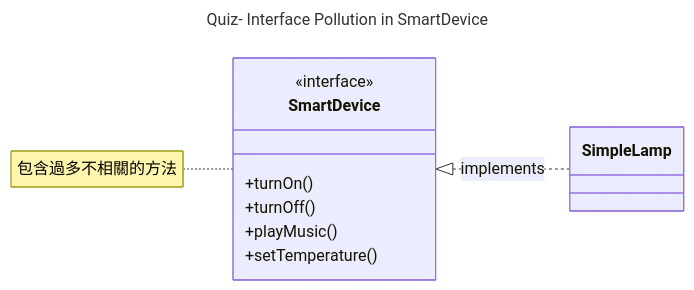
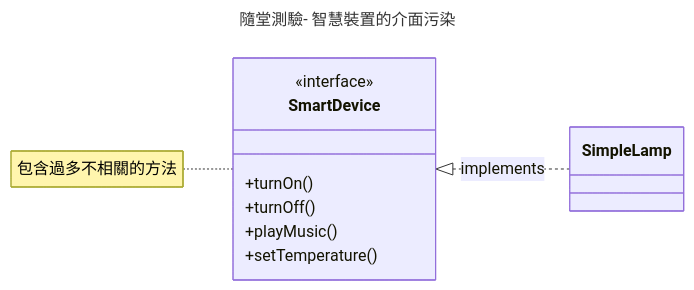
One commit to nlhsueh/teach_sw_fw changed diagram 12 of 17 in Part3_Principle/ch08_oo.md. Above: the diagram before and after it, drawn with Mermaid. The commit also changed other lines of this file and 1 other file, not shown here.

Commit message:
style: translate diagram titles and notes to Chinese in ch07 and ch08

````diff
--- a/Part3_Principle/ch08_oo.md
+++ b/Part3_Principle/ch08_oo.md
@@ -683,18 +679,18 @@
 ```mermaid
 ---
-title: Quiz- Interface Pollution in SmartDevice
+title: 隨堂測驗- 智慧裝置的介面污染
 ---
 classDiagram
     direction LR
     class SmartDevice {
         <<interface>>
         +turnOn()
         +turnOff()
         +playMusic()
         +setTemperature()
     }
     class SimpleLamp
     SmartDevice <|.. SimpleLamp : implements
 
     note for SmartDevice "包含過多不相關的方法"
 ```
````
